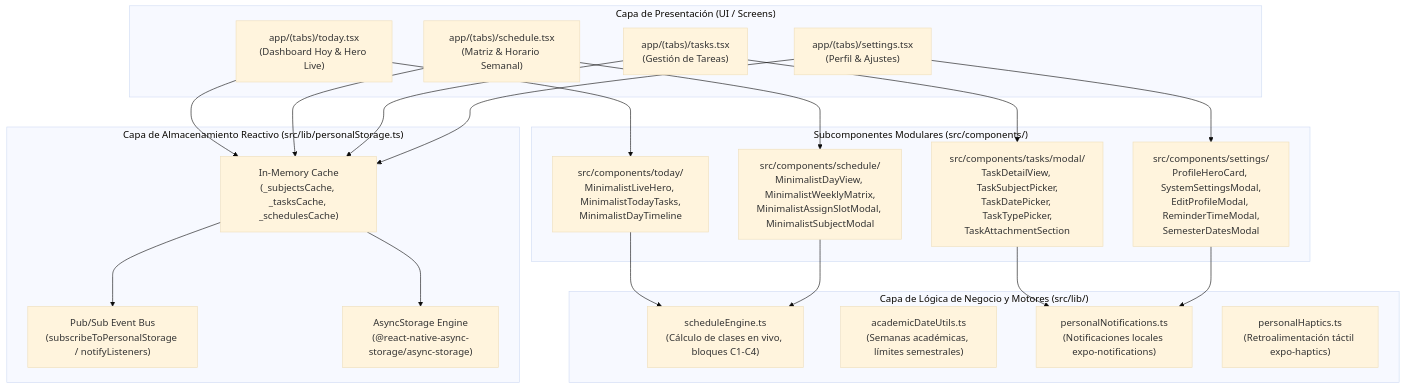
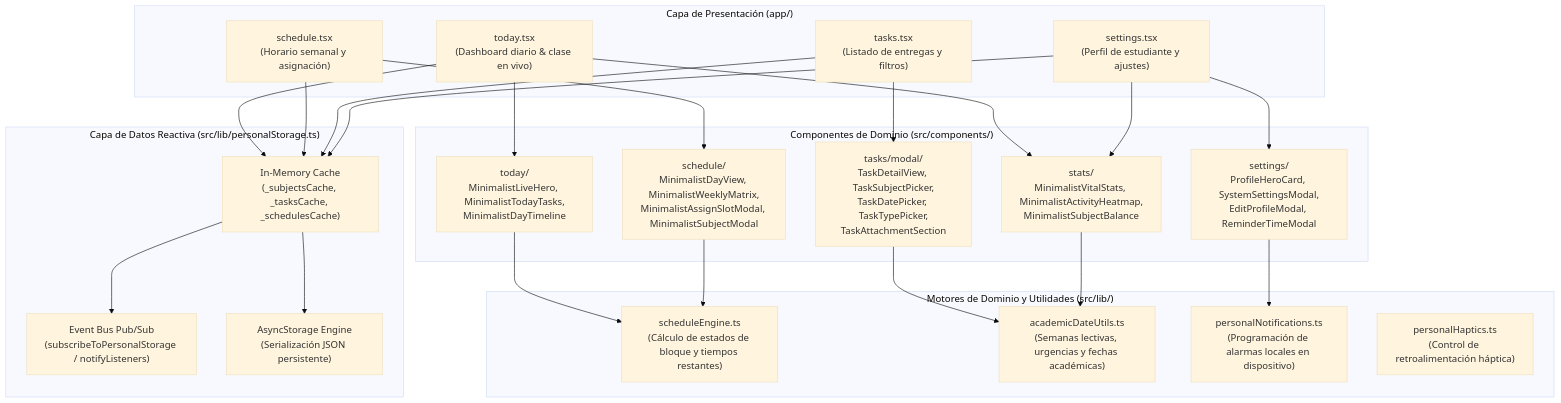
The diagram in ARCHITECTURE.md (JAndres-01/Synapse), drawn with Mermaid (base theme) before and after one commit. The commit also changed other lines of this file and 22 other files, not shown here.

````diff
--- a/ARCHITECTURE.md
+++ b/ARCHITECTURE.md
@@ -30,47 +30,51 @@
 ```mermaid
 graph TD
-    subgraph "Capa de Presentación (UI / Screens)"
-        S1["app/(tabs)/today.tsx<br/>(Dashboard Hoy & Hero Live)"]
-        S2["app/(tabs)/schedule.tsx<br/>(Matriz & Horario Semanal)"]
-        S3["app/(tabs)/tasks.tsx<br/>(Gestión de Tareas)"]
-        S4["app/(tabs)/settings.tsx<br/>(Perfil & Ajustes)"]
+    subgraph "Capa de Presentación (app/)"
+        S1["today.tsx<br/>(Dashboard diario & clase en vivo)"]
+        S2["schedule.tsx<br/>(Horario semanal y asignación)"]
+        S3["tasks.tsx<br/>(Listado de entregas y filtros)"]
+        S4["settings.tsx<br/>(Perfil de estudiante y ajustes)"]
     end
 
-    subgraph "Subcomponentes Modulares (src/components/)"
-        C1["src/components/tasks/modal/<br/>TaskDetailView, TaskSubjectPicker,<br/>TaskDatePicker, TaskTypePicker,<br/>TaskAttachmentSection"]
-        C2["src/components/settings/<br/>ProfileHeroCard, SystemSettingsModal,<br/>EditProfileModal, ReminderTimeModal,<br/>SemesterDatesModal"]
-        C3["src/components/schedule/<br/>MinimalistDayView, MinimalistWeeklyMatrix,<br/>MinimalistAssignSlotModal, MinimalistSubjectModal"]
-        C4["src/components/today/<br/>MinimalistLiveHero, MinimalistTodayTasks,<br/>MinimalistDayTimeline"]
+    subgraph "Componentes de Dominio (src/components/)"
+        C1["tasks/modal/<br/>TaskDetailView, TaskSubjectPicker,<br/>TaskDatePicker, TaskTypePicker,<br/>TaskAttachmentSection"]
+        C2["settings/<br/>ProfileHeroCard, SystemSettingsModal,<br/>EditProfileModal, ReminderTimeModal"]
+        C3["schedule/<br/>MinimalistDayView, MinimalistWeeklyMatrix,<br/>MinimalistAssignSlotModal, MinimalistSubjectModal"]
+        C4["today/<br/>MinimalistLiveHero, MinimalistTodayTasks,<br/>MinimalistDayTimeline"]
+        C5["stats/<br/>MinimalistVitalStats, MinimalistActivityHeatmap,<br/>MinimalistSubjectBalance"]
     end
 
-    subgraph "Capa de Lógica de Negocio y Motores (src/lib/)"
-        L1["scheduleEngine.ts<br/>(Cálculo de clases en vivo, bloques C1-C4)"]
-        L2["academicDateUtils.ts<br/>(Semanas académicas, límites semestrales)"]
-        L3["personalNotifications.ts<br/>(Notificaciones locales expo-notifications)"]
-        L4["personalHaptics.ts<br/>(Retroalimentación táctil expo-haptics)"]
+    subgraph "Motores de Dominio y Utilidades (src/lib/)"
+        L1["scheduleEngine.ts<br/>(Cálculo de estados de bloque y tiempos restantes)"]
+        L2["academicDateUtils.ts<br/>(Semanas lectivas, urgencias y fechas académicas)"]
+        L3["personalNotifications.ts<br/>(Programación de alarmas locales en dispositivo)"]
+        L4["personalHaptics.ts<br/>(Control de retroalimentación háptica)"]
     end
 
-    subgraph "Capa de Almacenamiento Reactivo (src/lib/personalStorage.ts)"
+    subgraph "Capa de Datos Reactiva (src/lib/personalStorage.ts)"
         M1["In-Memory Cache<br/>(_subjectsCache, _tasksCache, _schedulesCache)"]
-        M2["Pub/Sub Event Bus<br/>(subscribeToPersonalStorage / notifyListeners)"]
-        M3["AsyncStorage Engine<br/>(@react-native-async-storage/async-storage)"]
+        M2["Event Bus Pub/Sub<br/>(subscribeToPersonalStorage / notifyListeners)"]
+        M3["AsyncStorage Engine<br/>(Serialización JSON persistente)"]
     end
 
     S1 --> C4
+    S1 --> C5
     S2 --> C3
     S3 --> C1
     S4 --> C2
+    S4 --> C5
 
     C4 --> L1
     C3 --> L1
-    C1 --> L3
+    C1 --> L2
+    C5 --> L2
     C2 --> L3
 
     S1 --> M1
     S2 --> M1
     S3 --> M1
     S4 --> M1
 
     M1 --> M2
     M1 --> M3
 ```
````
